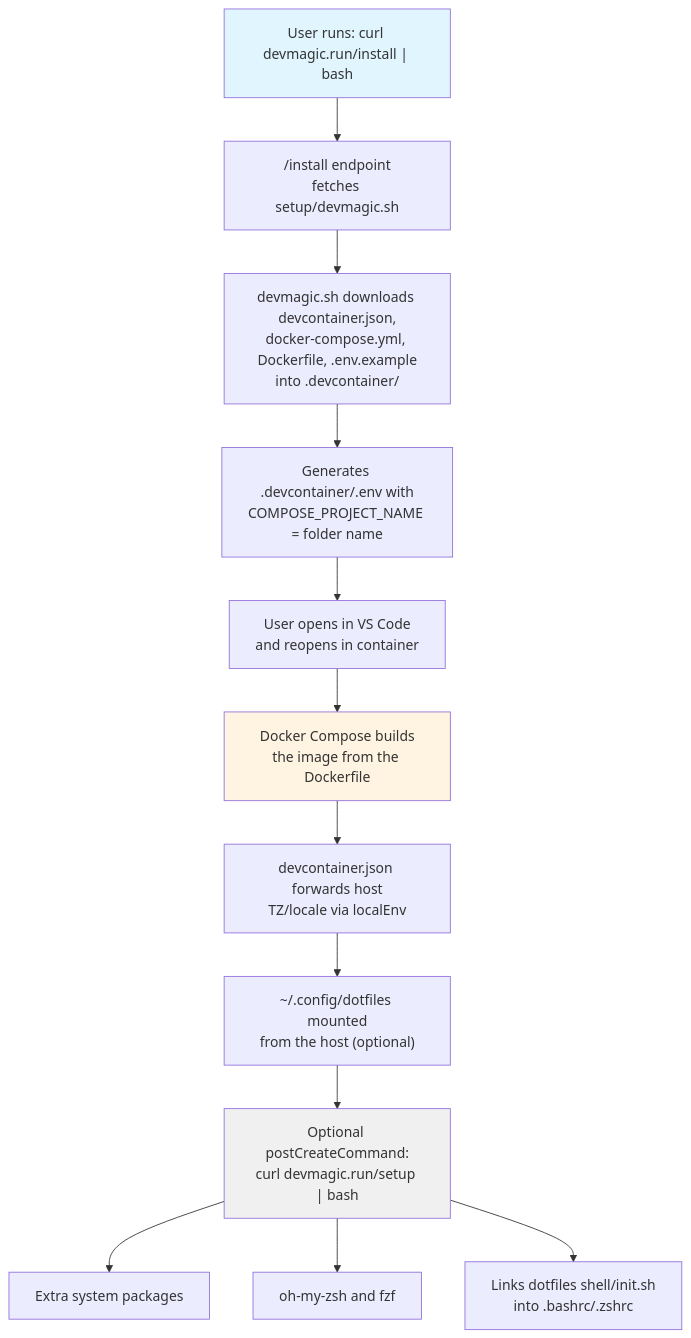
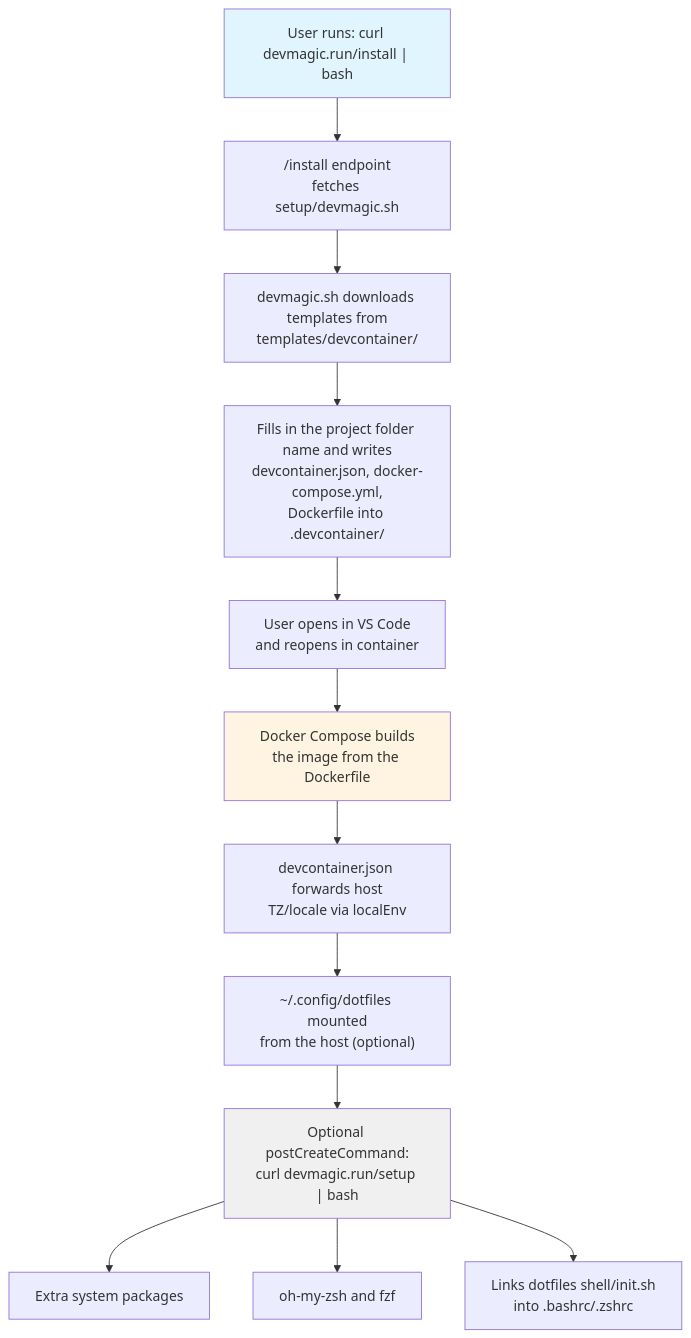
Before and after one commit to marcelocra/devmagic: the diagram in docs/ARCHITECTURE.md, drawn with Mermaid. The commit also changed other lines of this file and 13 other files, not shown here.

````diff
--- a/docs/ARCHITECTURE.md
+++ b/docs/ARCHITECTURE.md
@@ -125,19 +128,19 @@
 ```mermaid
 flowchart TD
     A["User runs: curl devmagic.run/install | bash"] --> B["/install endpoint<br/>fetches setup/devmagic.sh"]
-    B --> C["devmagic.sh downloads devcontainer.json,<br/>docker-compose.yml, Dockerfile, .env.example<br/>into .devcontainer/"]
-    C --> C2["Generates .devcontainer/.env with<br/>COMPOSE_PROJECT_NAME = folder name"]
+    B --> C["devmagic.sh downloads templates from<br/>templates/devcontainer/"]
+    C --> C2["Fills in the project folder name and writes<br/>devcontainer.json, docker-compose.yml,<br/>Dockerfile into .devcontainer/"]
     C2 --> D["User opens in VS Code<br/>and reopens in container"]
     D --> E["Docker Compose builds<br/>the image from the Dockerfile"]
     E --> F["devcontainer.json forwards host<br/>TZ/locale via localEnv"]
     F --> G["~/.config/dotfiles mounted<br/>from the host (optional)"]
     G --> H["Optional postCreateCommand:<br/>curl devmagic.run/setup | bash"]
 
     H --> I["Extra system packages"]
     H --> J["oh-my-zsh and fzf"]
     H --> K["Links dotfiles shell/init.sh<br/>into .bashrc/.zshrc"]
 
     style A fill:#e1f5ff
     style E fill:#fff4e1
     style H fill:#f0f0f0
 ```
````
